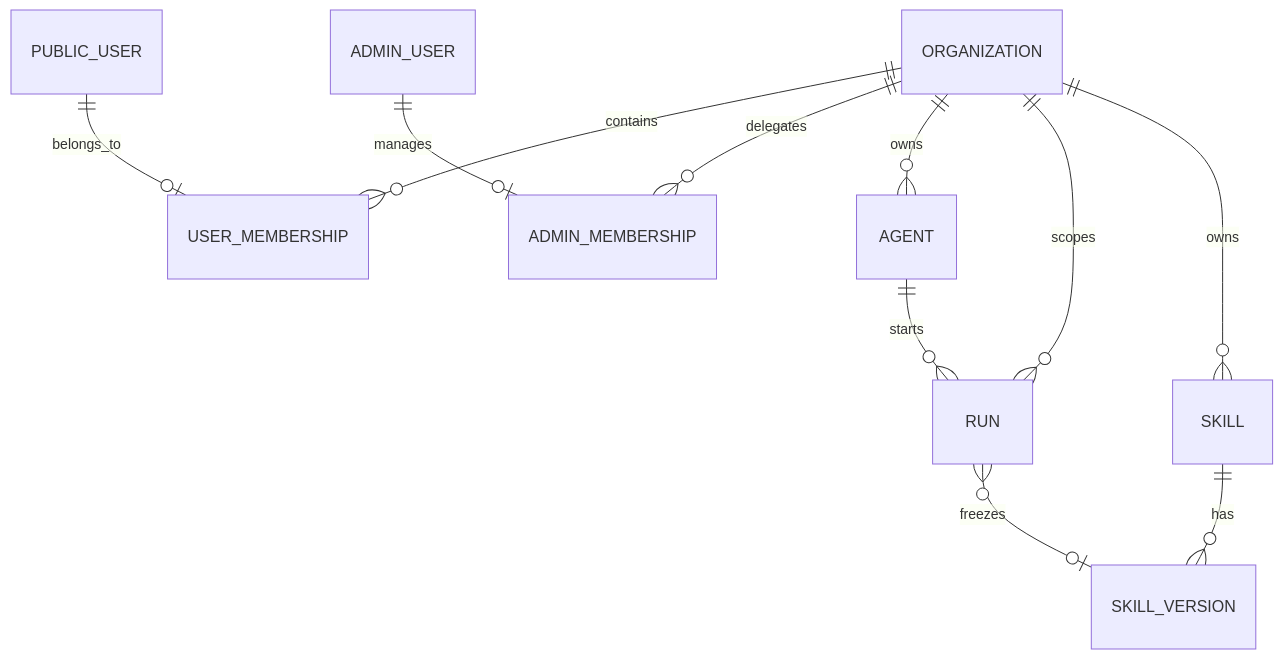
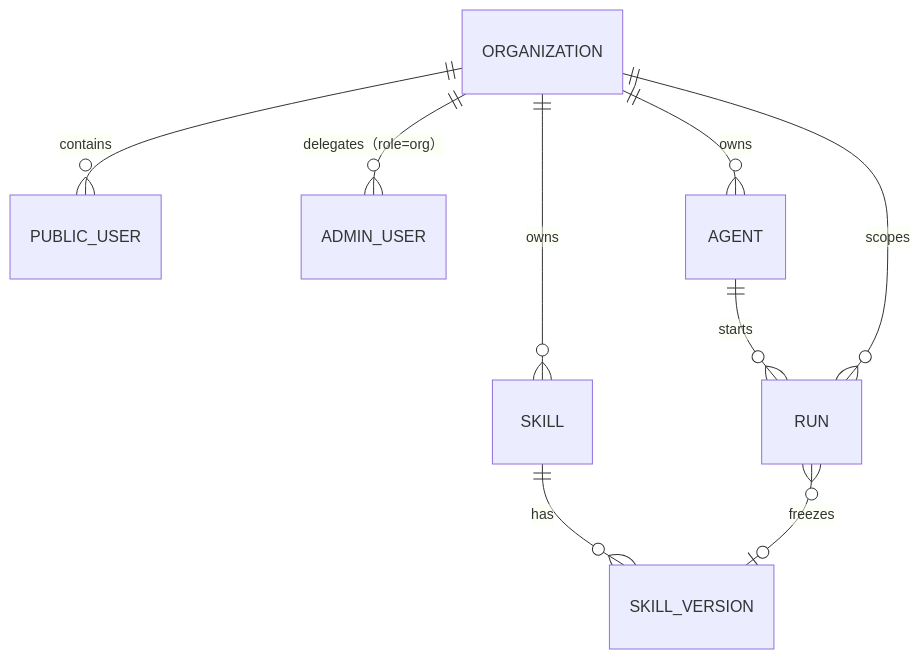
Before and after one commit to ZataZhang/zata-codes-template: the first of 2 diagrams in tasks/pending/P1-FEAT-20260928-115856-multi-organization-online-agent-base.md, drawn with Mermaid. The commit also changed other lines of this file and 3 other files, not shown here.

First line of the commit message:
docs(prd): add Keycloak OIDC and organization admin PRD series

````diff
--- a/tasks/pending/P1-FEAT-20260928-115856-multi-organization-online-agent-base.md
+++ b/tasks/pending/P1-FEAT-20260928-115856-multi-organization-online-agent-base.md
@@ -93,13 +100,11 @@
 ```mermaid
 erDiagram
-    ORGANIZATION ||--o{ USER_MEMBERSHIP : contains
-    PUBLIC_USER ||--o| USER_MEMBERSHIP : belongs_to
-    ORGANIZATION ||--o{ ADMIN_MEMBERSHIP : delegates
-    ADMIN_USER ||--o| ADMIN_MEMBERSHIP : manages
+    ORGANIZATION ||--o{ PUBLIC_USER : contains
+    ORGANIZATION ||--o{ ADMIN_USER : "delegates（role=org）"
     ORGANIZATION ||--o{ AGENT : owns
     AGENT ||--o{ RUN : starts
     ORGANIZATION ||--o{ RUN : scopes
     ORGANIZATION ||--o{ SKILL : owns
     SKILL ||--o{ SKILL_VERSION : has
     RUN }o--o| SKILL_VERSION : freezes
 ```
````
